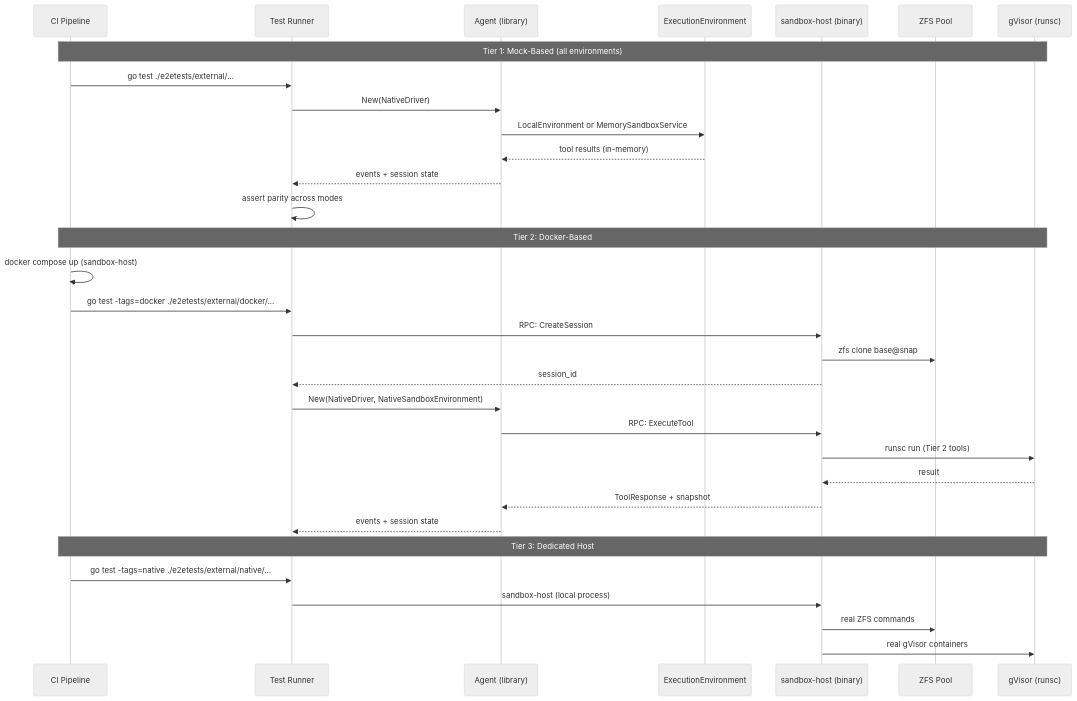
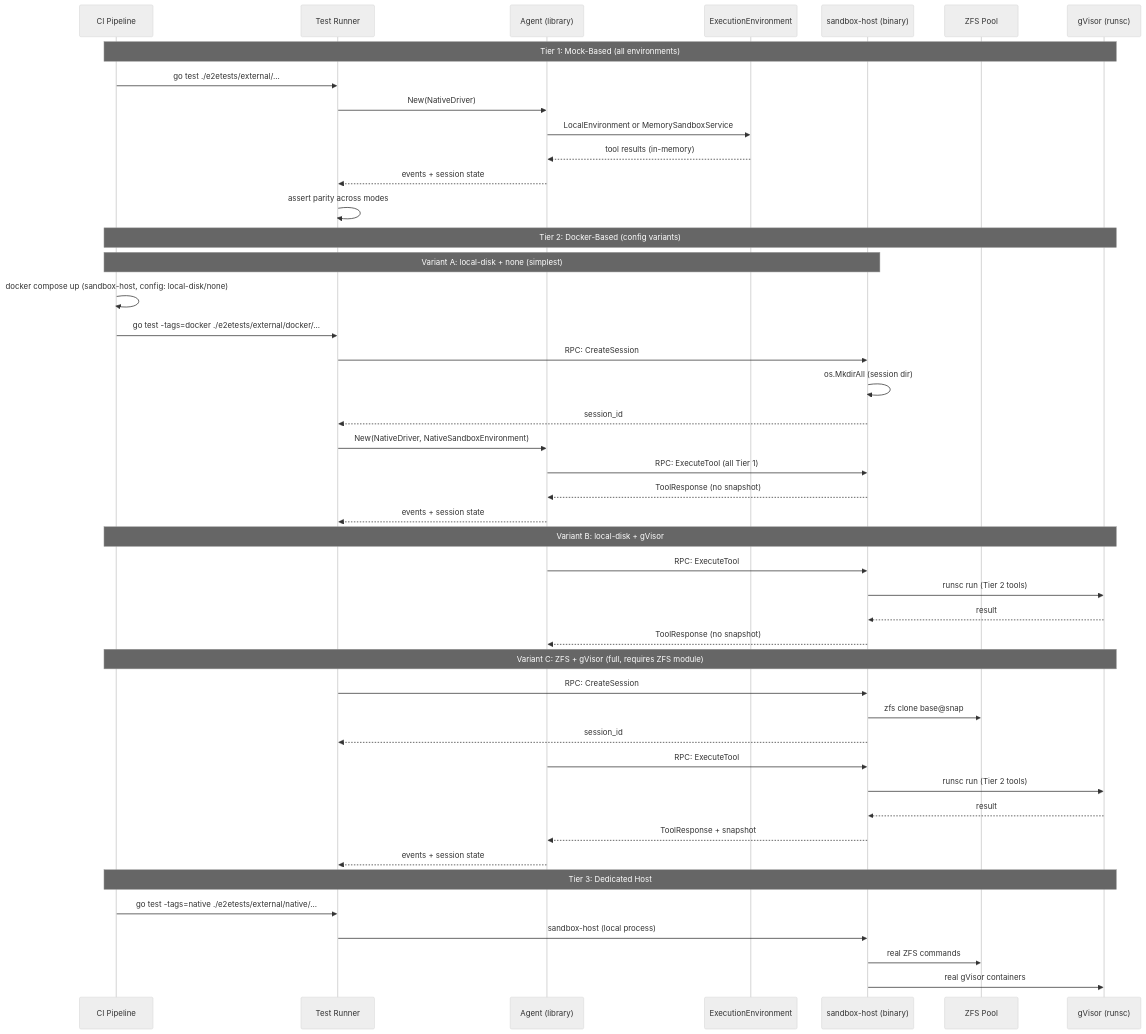
One commit to dcosson/flex-agent-runtime changed the second of 5 diagrams in docs/plans/17-external-testing.md. Above: the diagram before and after it, drawn with Mermaid (neutral theme). The commit also changed other lines of this file and 1 other file, not shown here.

````diff
--- a/docs/plans/17-external-testing.md
+++ b/docs/plans/17-external-testing.md
@@ -325,37 +331,53 @@
 ```mermaid
 sequenceDiagram
     participant CI as CI Pipeline
     participant Test as Test Runner
     participant Agent as Agent (library)
     participant Env as ExecutionEnvironment
     participant SH as sandbox-host (binary)
     participant ZFS as ZFS Pool
     participant GV as gVisor (runsc)
 
     Note over CI,GV: Tier 1: Mock-Based (all environments)
     CI->>Test: go test ./e2etests/external/...
     Test->>Agent: New(NativeDriver)
     Agent->>Env: LocalEnvironment or MemorySandboxService
     Env-->>Agent: tool results (in-memory)
     Agent-->>Test: events + session state
     Test->>Test: assert parity across modes
 
-    Note over CI,GV: Tier 2: Docker-Based
-    CI->>CI: docker compose up (sandbox-host)
+    Note over CI,GV: Tier 2: Docker-Based (config variants)
+
+    Note over CI,SH: Variant A: local-disk + none (simplest)
+    CI->>CI: docker compose up (sandbox-host, config: local-disk/none)
     CI->>Test: go test -tags=docker ./e2etests/external/docker/...
+    Test->>SH: RPC: CreateSession
+    SH->>SH: os.MkdirAll (session dir)
+    SH-->>Test: session_id
+    Test->>Agent: New(NativeDriver, NativeSandboxEnvironment)
+    Agent->>SH: RPC: ExecuteTool (all Tier 1)
+    SH-->>Agent: ToolResponse (no snapshot)
+    Agent-->>Test: events + session state
+
+    Note over CI,GV: Variant B: local-disk + gVisor
+    Agent->>SH: RPC: ExecuteTool
+    SH->>GV: runsc run (Tier 2 tools)
+    GV-->>SH: result
+    SH-->>Agent: ToolResponse (no snapshot)
+
+    Note over CI,GV: Variant C: ZFS + gVisor (full, requires ZFS module)
     Test->>SH: RPC: CreateSession
     SH->>ZFS: zfs clone base@snap
     SH-->>Test: session_id
-    Test->>Agent: New(NativeDriver, NativeSandboxEnvironment)
     Agent->>SH: RPC: ExecuteTool
     SH->>GV: runsc run (Tier 2 tools)
     GV-->>SH: result
     SH-->>Agent: ToolResponse + snapshot
     Agent-->>Test: events + session state
 
     Note over CI,GV: Tier 3: Dedicated Host
     CI->>Test: go test -tags=native ./e2etests/external/native/...
     Test->>SH: sandbox-host (local process)
     SH->>ZFS: real ZFS commands
     SH->>GV: real gVisor containers
 ```
````
